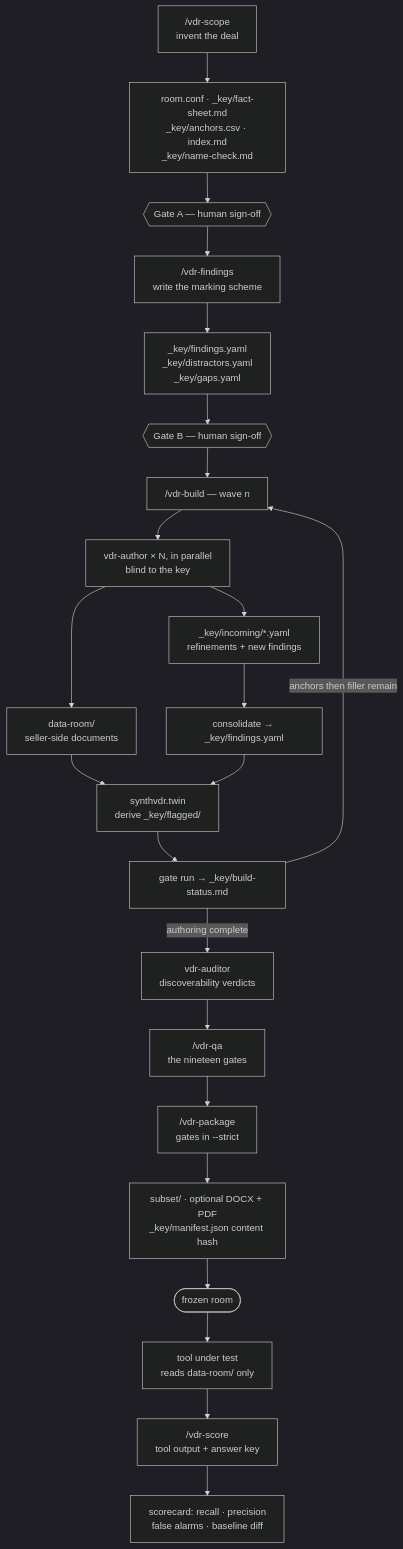
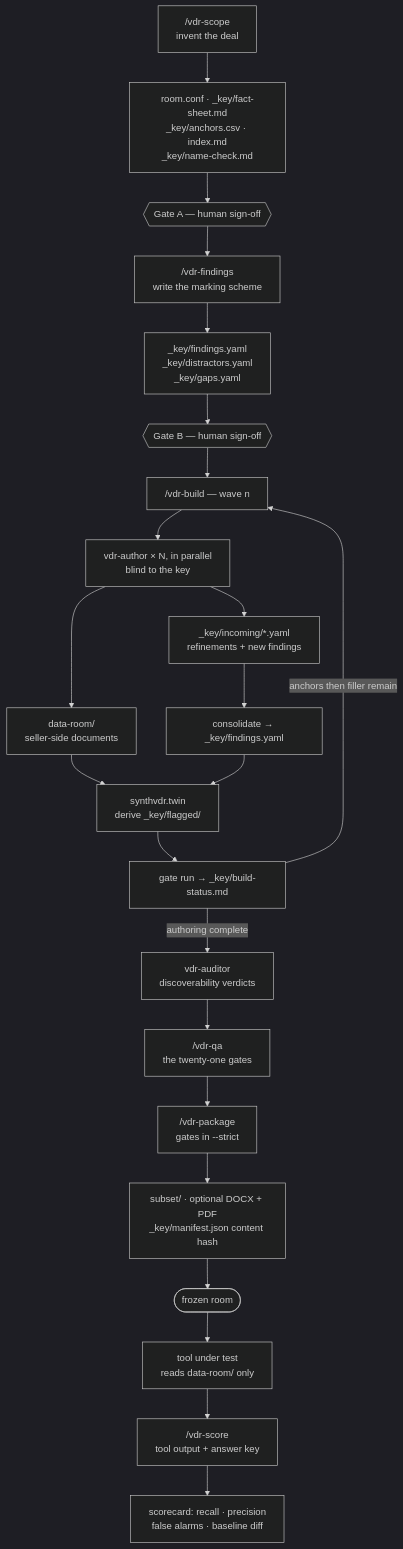
Before and after one commit to gblegal/gb_synth_vdr: the diagram in ARCHITECTURE.md, drawn with Mermaid (dark theme). The commit also changed other lines of this file and 8 other files, not shown here.

````diff
--- a/ARCHITECTURE.md
+++ b/ARCHITECTURE.md
@@ -87,25 +89,25 @@
 ```mermaid
 flowchart TB
     S["/vdr-scope<br/>invent the deal"] --> SA["room.conf · _key/fact-sheet.md<br/>_key/anchors.csv · index.md<br/>_key/name-check.md"]
     SA --> GA{{"Gate A — human sign-off"}}
     GA --> F["/vdr-findings<br/>write the marking scheme"]
     F --> FA["_key/findings.yaml<br/>_key/distractors.yaml<br/>_key/gaps.yaml"]
     FA --> GB{{"Gate B — human sign-off"}}
     GB --> W["/vdr-build — wave n"]
     W --> A["vdr-author × N, in parallel<br/>blind to the key"]
     A --> D["data-room/<br/>seller-side documents"]
     A --> I["_key/incoming/*.yaml<br/>refinements + new findings"]
     I --> C["consolidate → _key/findings.yaml"]
     D --> TW["synthvdr.twin<br/>derive _key/flagged/"]
     C --> TW
     TW --> G["gate run → _key/build-status.md"]
     G -->|"anchors then filler remain"| W
     G -->|"authoring complete"| AU["vdr-auditor<br/>discoverability verdicts"]
-    AU --> Q["/vdr-qa<br/>the nineteen gates"]
+    AU --> Q["/vdr-qa<br/>the twenty-one gates"]
     Q --> P["/vdr-package<br/>gates in --strict"]
     P --> SUB["subset/ · optional DOCX + PDF<br/>_key/manifest.json content hash"]
     SUB --> R(["frozen room"])
     R --> TU["tool under test<br/>reads data-room/ only"]
     TU --> SCO["/vdr-score<br/>tool output + answer key"]
     SCO --> CARD["scorecard: recall · precision<br/>false alarms · baseline diff"]
 ```
````
